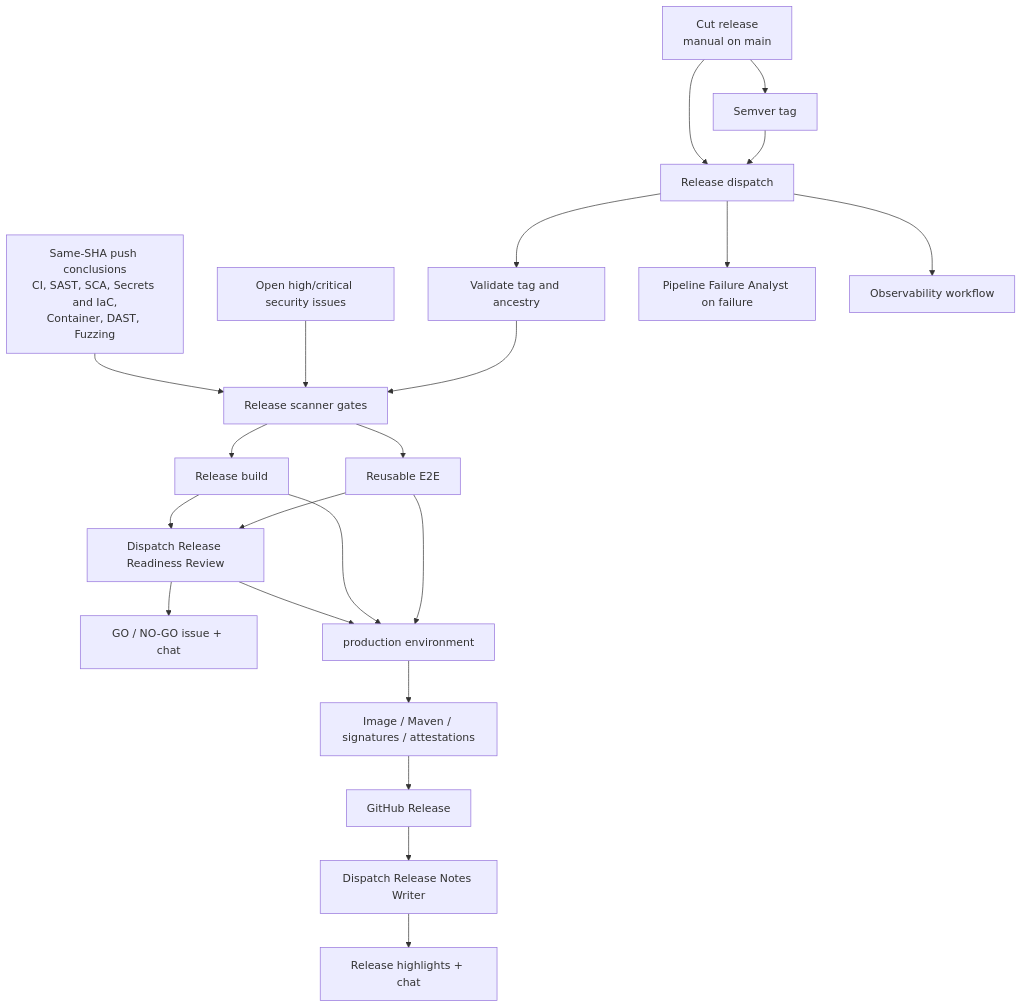
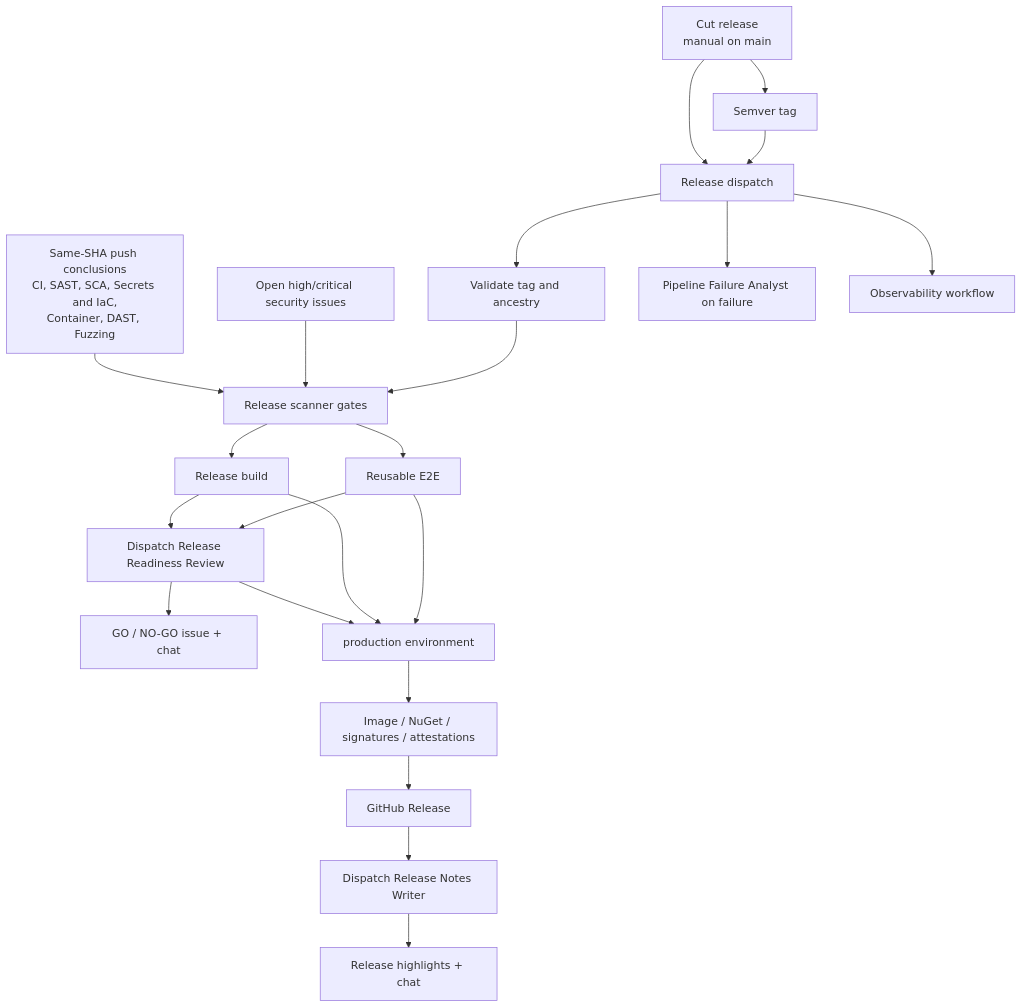
One commit to ChristianPresley/agentic-pipelines changed the third of 5 diagrams in docs/reports/fuzzing-evidence-2026-11-10.md. Above: the diagram before and after it, drawn with Mermaid. The commit also changed other lines of this file and 104 other files, not shown here.

````diff
--- a/docs/reports/fuzzing-evidence-2026-11-10.md
+++ b/docs/reports/fuzzing-evidence-2026-11-10.md
@@ -214,21 +214,21 @@
 ```mermaid
 flowchart TB
   Cut["Cut release<br/>manual on main"] --> Tag["Semver tag"]
   Cut --> Release["Release dispatch"]
   Tag --> Release
   Scanners["Same-SHA push conclusions<br/>CI, SAST, SCA, Secrets and IaC,<br/>Container, DAST, Fuzzing"] --> Gates["Release scanner gates"]
   Open["Open high/critical security issues"] --> Gates
   Release --> Validate["Validate tag and ancestry"] --> Gates
   Gates --> Build["Release build"]
   Gates --> E2E["Reusable E2E"]
   Build & E2E --> Readiness["Dispatch Release Readiness Review"]
   Readiness --> Recommendation["GO / NO-GO issue + chat"]
   Readiness --> Approval["production environment"]
   Build & E2E --> Approval
-  Approval --> Publish["Image / Maven / signatures / attestations"]
+  Approval --> Publish["Image / NuGet / signatures / attestations"]
   Publish --> GHRelease["GitHub Release"]
   GHRelease --> Notes["Dispatch Release Notes Writer"]
   Notes --> Highlights["Release highlights + chat"]
   Release --> Failure["Pipeline Failure Analyst on failure"]
   Release --> OTEL["Observability workflow"]
 ```
````
